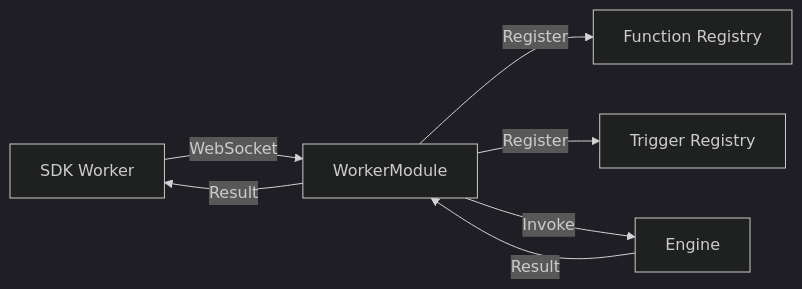
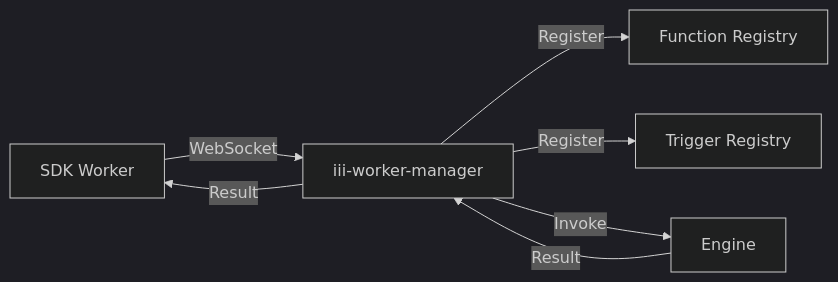
Before and after one commit to iii-hq/iii: the first of 2 diagrams in docs/modules/module-worker.mdx, drawn with Mermaid (dark theme). The commit also changed other lines of this file and 87 other files, not shown here.

````diff
--- a/docs/modules/module-worker.mdx
+++ b/docs/modules/module-worker.mdx
@@ -16,9 +16,9 @@
 ```mermaid
 graph LR
-    SDK[SDK Worker] -->|WebSocket| WM[WorkerModule]
+    SDK[SDK Worker] -->|WebSocket| WM[iii-worker-manager]
     WM -->|Register| FR[Function Registry]
     WM -->|Register| TR[Trigger Registry]
     WM -->|Invoke| Engine[Engine]
     Engine -->|Result| WM
     WM -->|Result| SDK
 ```
````
